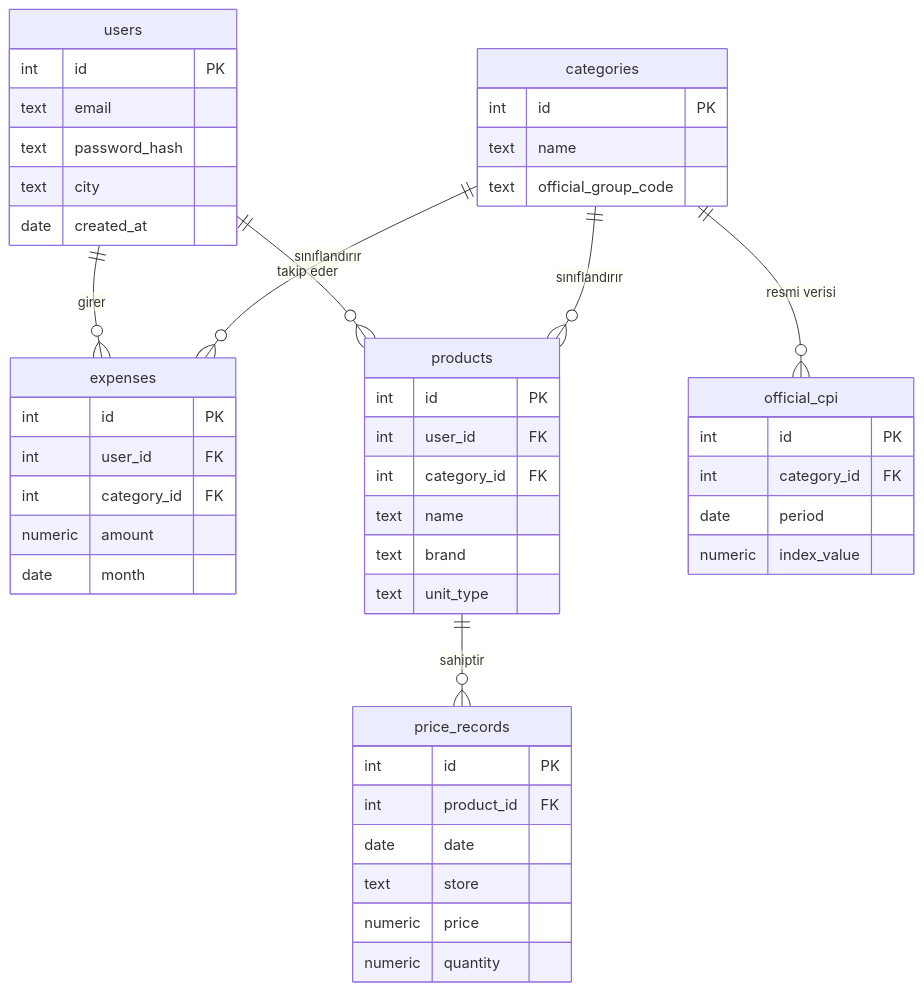
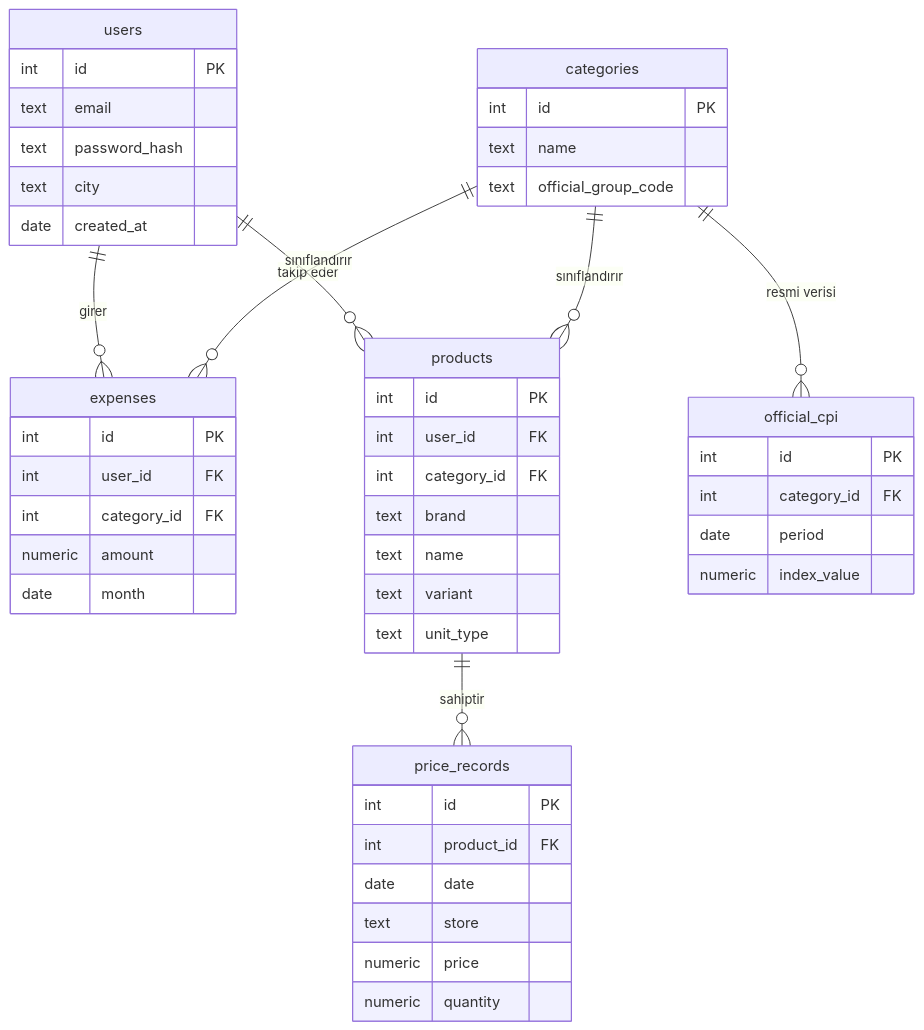
Before and after one commit to yarnntmr/kisisel-enflasyon-dedektifi: the diagram in docs/er-diyagrami.md, drawn with Mermaid.

Commit message:
Ürün kimliğine çeşit(variant) eklendi

````diff
--- a/docs/er-diyagrami.md
+++ b/docs/er-diyagrami.md
@@ -3,56 +3,57 @@
 ```mermaid
 erDiagram
     users ||--o{ expenses : "girer"
     users ||--o{ products : "takip eder"
     categories ||--o{ expenses : "sınıflandırır"
     categories ||--o{ products : "sınıflandırır"
     products ||--o{ price_records : "sahiptir"
     categories ||--o{ official_cpi : "resmi verisi"
 
     users {
         int id PK
         text email
         text password_hash
         text city
         date created_at
     }
 
     categories {
         int id PK
         text name
         text official_group_code
     }
 
     expenses {
         int id PK
         int user_id FK
         int category_id FK
         numeric amount
         date month
     }
 
     products {
         int id PK
         int user_id FK
         int category_id FK
+        text brand
         text name
-        text brand
+        text variant
         text unit_type
     }
 
     price_records {
         int id PK
         int product_id FK
         date date
         text store
         numeric price
         numeric quantity
     }
 
     official_cpi {
         int id PK
         int category_id FK
         date period
         numeric index_value
     }
 ```
````
